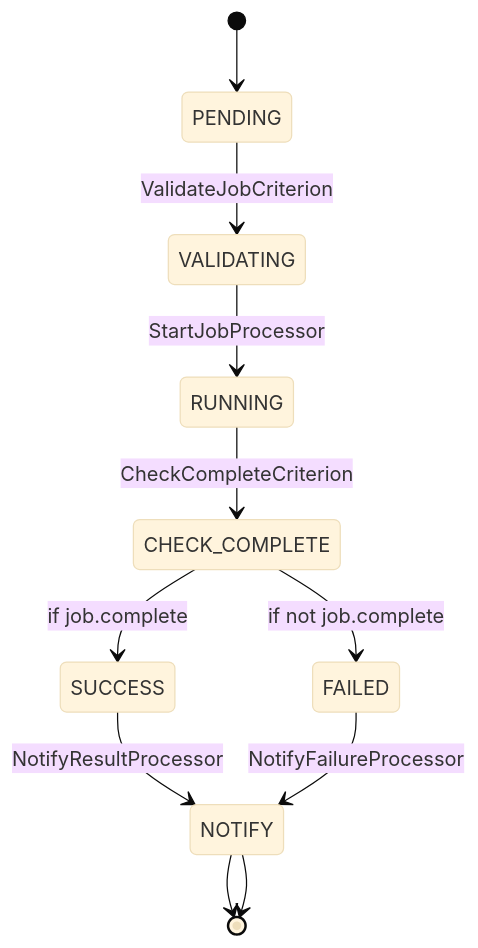
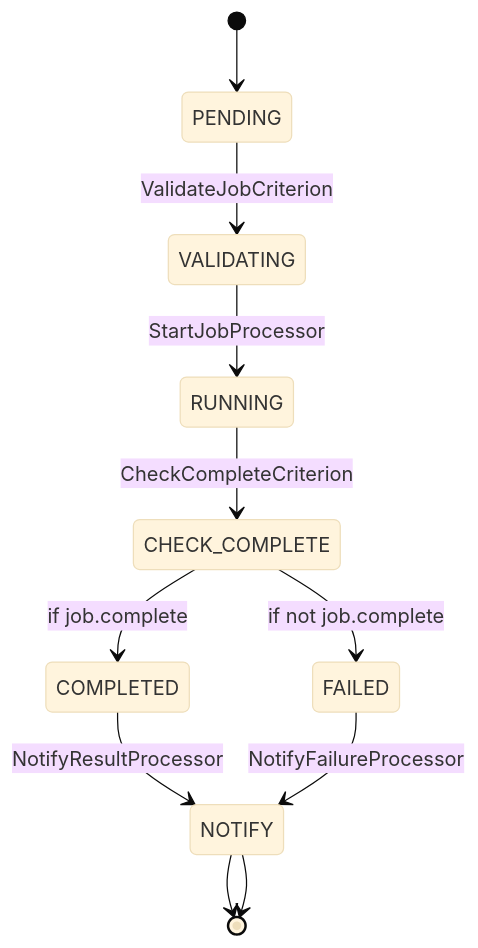
One commit to Cyoda-platform/java-client-template changed the fourth of 4 diagrams in src/main/java/com/java_template/prototype/functional_requirement.md. Above: the diagram before and after it, drawn with Mermaid (base theme). The commit also changed other lines of this file, not shown here.

````diff
--- a/src/main/java/com/java_template/prototype/functional_requirement.md
+++ b/src/main/java/com/java_template/prototype/functional_requirement.md
@@ -127,13 +182,13 @@
 ```mermaid
 stateDiagram-v2
     [*] --> PENDING
     PENDING --> VALIDATING : ValidateJobCriterion
     VALIDATING --> RUNNING : StartJobProcessor
     RUNNING --> CHECK_COMPLETE : CheckCompleteCriterion
-    CHECK_COMPLETE --> SUCCESS : if job.complete
+    CHECK_COMPLETE --> COMPLETED : if job.complete
     CHECK_COMPLETE --> FAILED : if not job.complete
-    SUCCESS --> NOTIFY : NotifyResultProcessor
+    COMPLETED --> NOTIFY : NotifyResultProcessor
     NOTIFY --> [*]
     FAILED --> NOTIFY : NotifyFailureProcessor
     NOTIFY --> [*]
 ```
````
